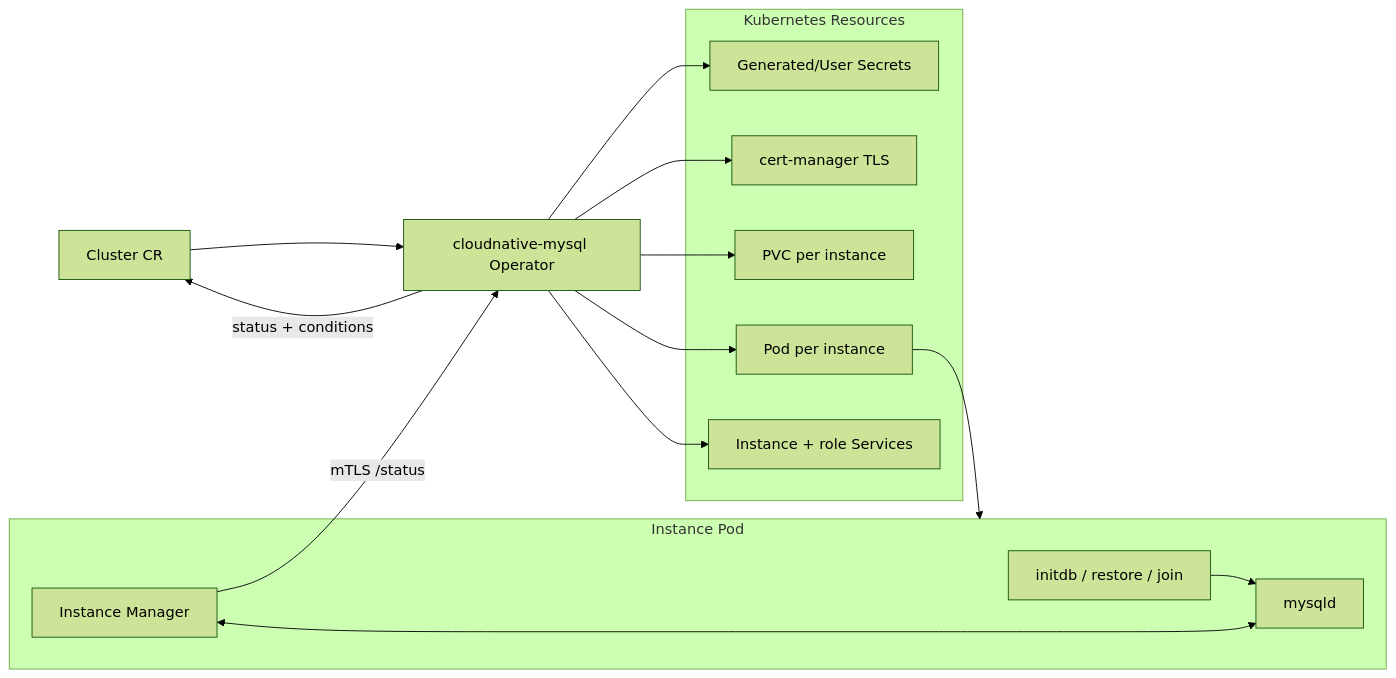
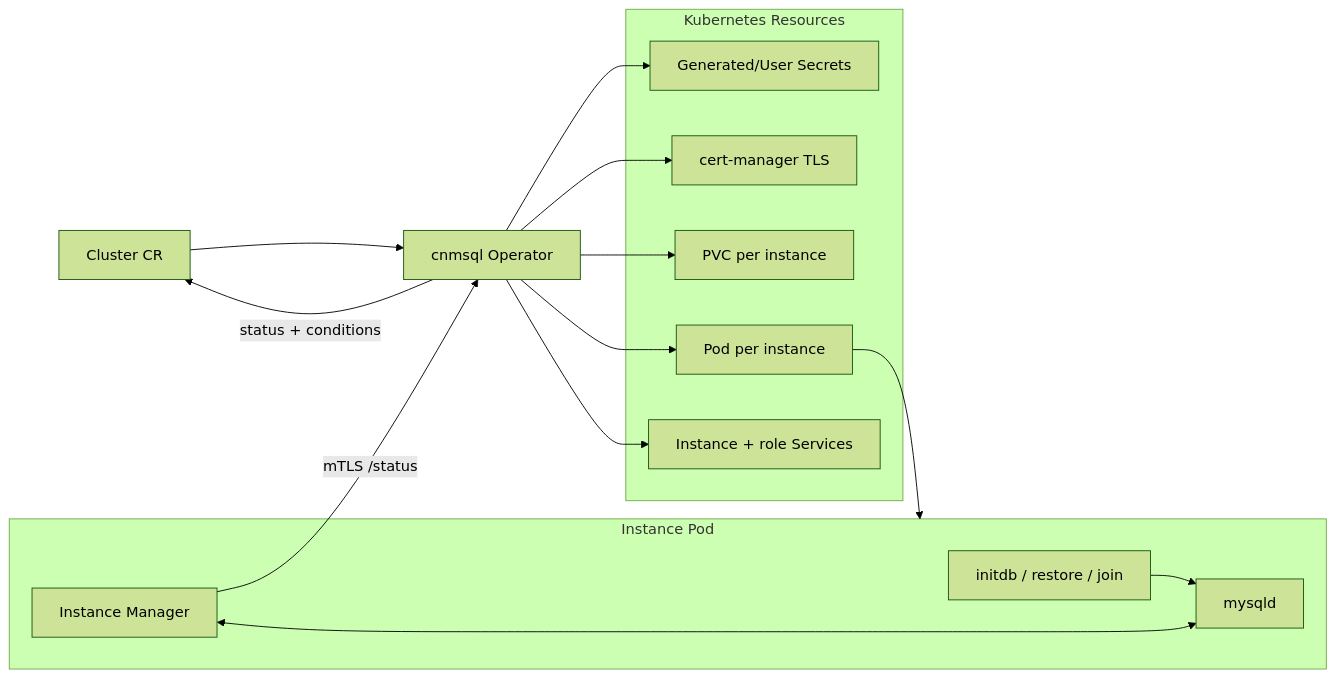
Before and after one commit to cnmsql/cnmsql: the diagram in docs/src/cluster-lifecycle.md, drawn with Mermaid (forest theme). The commit also changed other lines of this file and 402 other files, not shown here.

````diff
--- a/docs/src/cluster-lifecycle.md
+++ b/docs/src/cluster-lifecycle.md
@@ -19,29 +19,29 @@
 ```mermaid
 flowchart LR
     Cluster["Cluster CR"]
-    Operator["cloudnative-mysql Operator"]
+    Operator["cnmsql Operator"]
     subgraph K8s["Kubernetes Resources"]
         Secrets["Generated/User Secrets"]
         TLS["cert-manager TLS"]
         PVCs["PVC per instance"]
         Pods["Pod per instance"]
         Services["Instance + role Services"]
     end
     subgraph Pod["Instance Pod"]
         Init["initdb / restore / join"]
         Manager["Instance Manager"]
         MySQL["mysqld"]
     end
 
     Cluster --> Operator
     Operator --> Secrets
     Operator --> TLS
     Operator --> PVCs
     Operator --> Pods
     Operator --> Services
     Pods --> Pod
     Init --> MySQL
     Manager <--> MySQL
     Manager -->|"mTLS /status"| Operator
     Operator -->|"status + conditions"| Cluster
 ```
````
